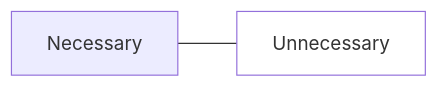
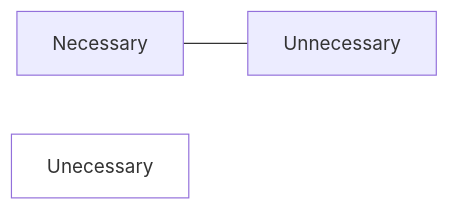
Before and after one commit to fuanho/Maximum-leaf-spanning-tree: the first of 4 diagrams in README.md, drawn with Mermaid. The commit also changed other lines of this file, not shown here.

````diff
--- a/README.md
+++ b/README.md
@@ -15,5 +14,5 @@
 ```mermaid
     graph LR
     Necessary---Unnecessary
-    style Unnecessary fill:#fff
+    style Unecessary fill:#fff
 ```
````
